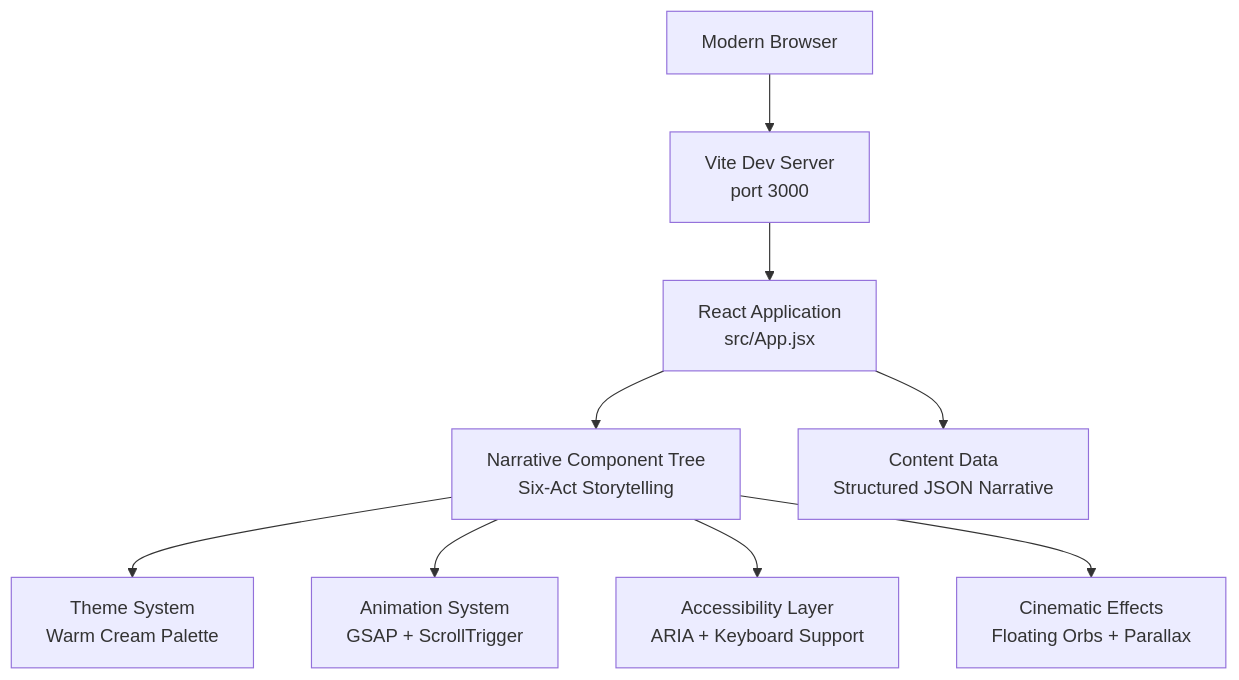
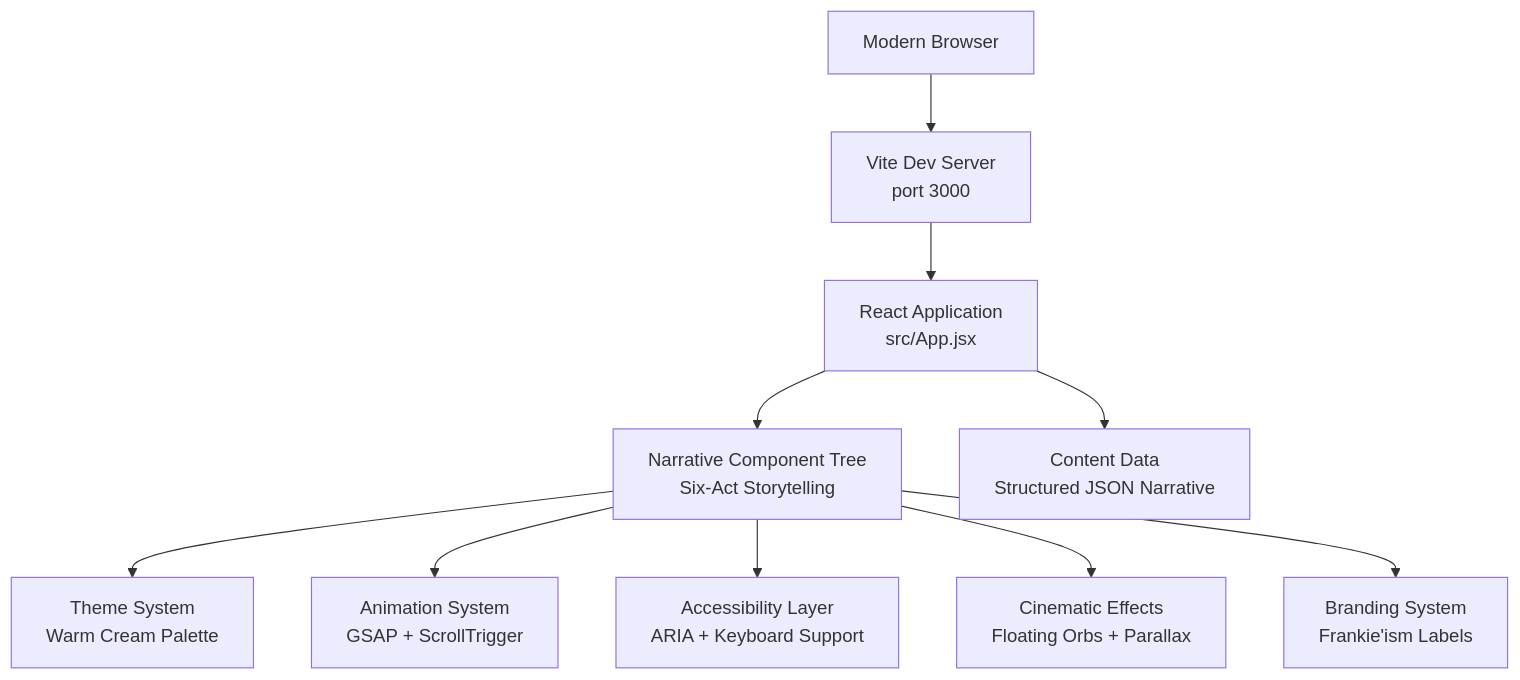
Before and after one commit to rakeshmaity271/frankie-picasso: the second of 2 diagrams in .qoder/repowiki/en/content/Project Overview.md, drawn with Mermaid. The commit also changed other lines of this file and 24 other files, not shown here.

````diff
--- a/.qoder/repowiki/en/content/Project Overview.md
+++ b/.qoder/repowiki/en/content/Project Overview.md
@@ -187,20 +190,22 @@
 ```mermaid
 graph TB
 Browser["Modern Browser"]
 ViteDev["Vite Dev Server<br/>port 3000"]
 ReactApp["React Application<br/>src/App.jsx"]
 NarrativeTree["Narrative Component Tree<br/>Six-Act Storytelling"]
 ThemeSystem["Theme System<br/>Warm Cream Palette"]
 ContentData["Content Data<br/>Structured JSON Narrative"]
 AnimationSystem["Animation System<br/>GSAP + ScrollTrigger"]
 Accessibility["Accessibility Layer<br/>ARIA + Keyboard Support"]
 CinematicEffects["Cinematic Effects<br/>Floating Orbs + Parallax"]
+BrandingSystem["Branding System<br/>Frankie'ism Labels"]
 Browser --> ViteDev
 ViteDev --> ReactApp
 ReactApp --> NarrativeTree
 NarrativeTree --> ThemeSystem
 ReactApp --> ContentData
 NarrativeTree --> AnimationSystem
 NarrativeTree --> Accessibility
 NarrativeTree --> CinematicEffects
+NarrativeTree --> BrandingSystem
 ```
````
